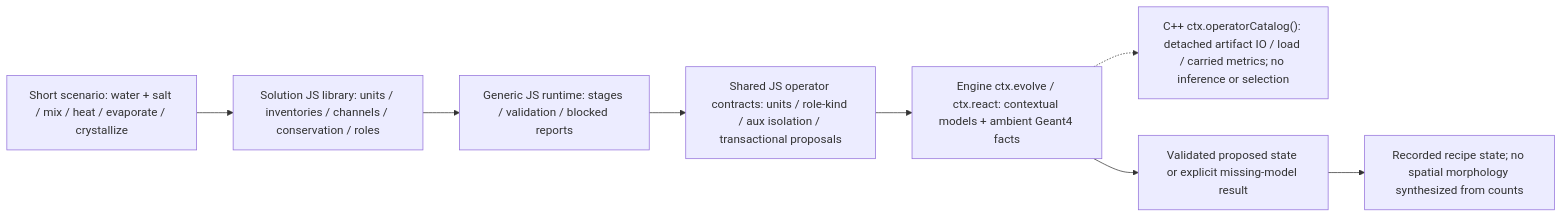
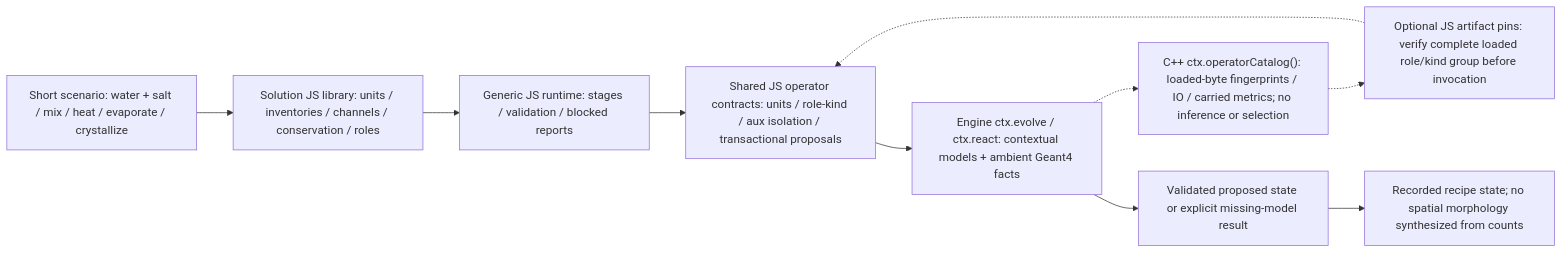
One commit to Geckos-Ink/trech changed the third of 38 diagrams in CHARTS.md. Above: the diagram before and after it, drawn with Mermaid. The commit also changed 14 other files, not shown here.

Commit message:
Add loaded model identities and reusable process artifact pins

````diff
--- a/CHARTS.md
+++ b/CHARTS.md
@@ -37,10 +37,12 @@
 ```mermaid
 flowchart LR
   S["Short scenario: water + salt / mix / heat / evaporate / crystallize"] --> D["Solution JS library: units / inventories / channels / conservation / roles"]
   D --> R["Generic JS runtime: stages / validation / blocked reports"]
   R --> B["Shared JS operator contracts: units / role-kind / aux isolation / transactional proposals"]
   B --> E["Engine ctx.evolve / ctx.react: contextual models + ambient Geant4 facts"]
-  E -.-> C["C++ ctx.operatorCatalog(): detached artifact IO / load / carried metrics; no inference or selection"]
+  E -.-> C["C++ ctx.operatorCatalog(): loaded-byte fingerprints / IO / carried metrics; no inference or selection"]
+  C -.-> P["Optional JS artifact pins: verify complete loaded role/kind group before invocation"]
+  P -.-> B
   E --> V["Validated proposed state or explicit missing-model result"]
   V --> O["Recorded recipe state; no spatial morphology synthesized from counts"]
 ```
````
